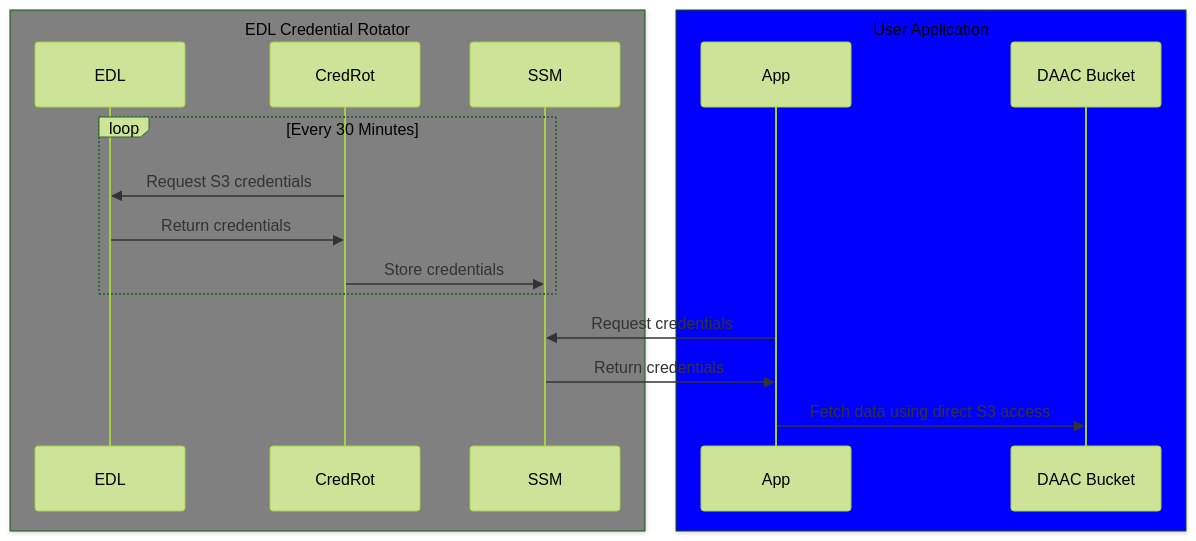
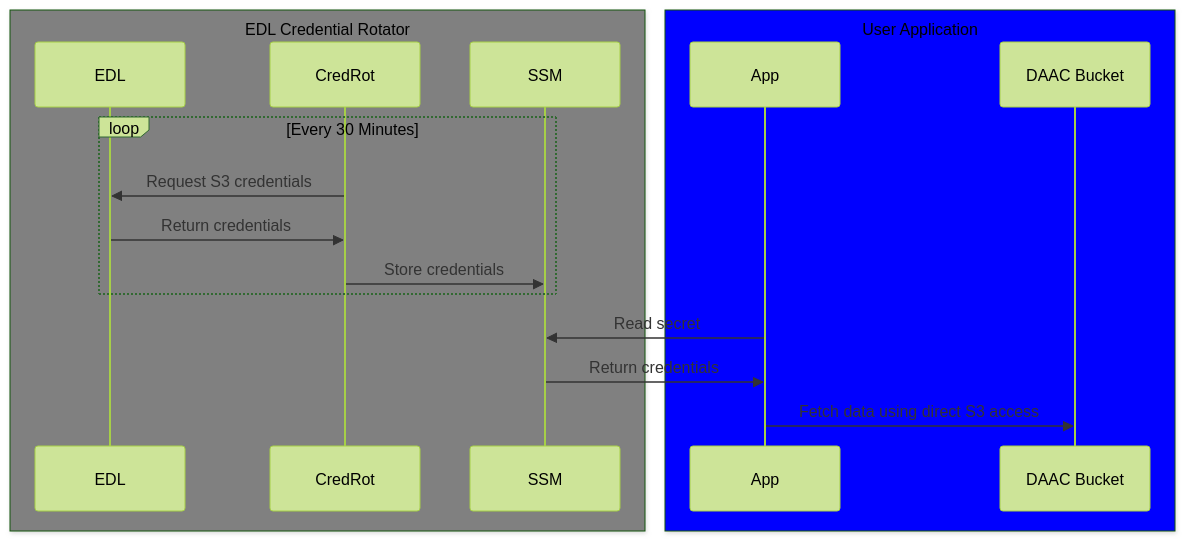
One commit to ceholden/edl-credential-rotation changed the diagram in README.md. Above: the diagram before and after it, drawn with Mermaid (forest theme). The commit also changed 4 other files, not shown here.

````diff
--- a/README.md
+++ b/README.md
@@ -16,23 +16,23 @@
 ```mermaid
 sequenceDiagram
     box Grey EDL Credential Rotator
     participant EDL
     participant CredRot
     participant SSM
     end
 
     box Blue User Application
     participant App
     participant Bucket as DAAC Bucket
     end
 
     loop Every 30 Minutes
         CredRot->>EDL: Request S3 credentials
         EDL->>CredRot: Return credentials
         CredRot->>SSM: Store credentials
     end
 
-    App->>SSM: Request credentials
+    App->>SSM: Read secret
     SSM->>App: Return credentials
     App->>Bucket: Fetch data using direct S3 access
 ```
````
